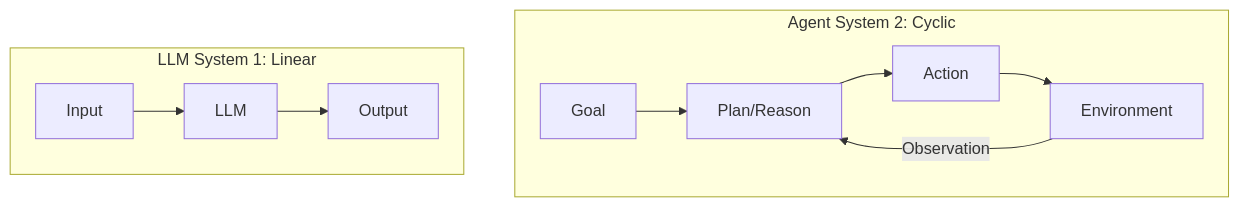
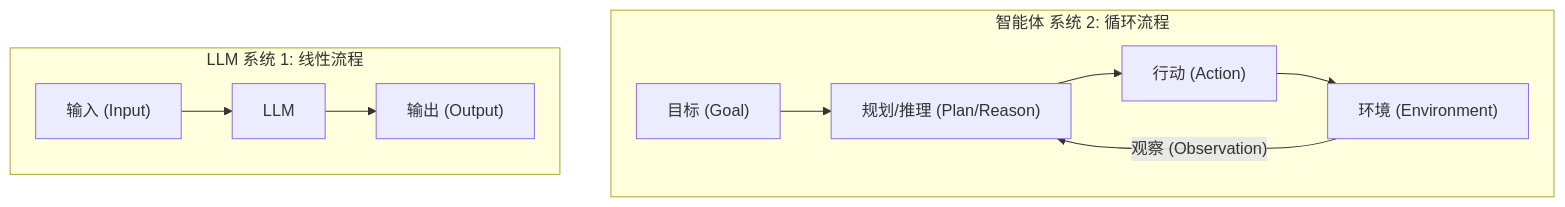
Before and after one commit to yeasy/agentic_ai_guide: the diagram in 01_paradigm/1.1_shift.md, drawn with Mermaid. The commit also changed other lines of this file and 75 other files, not shown here.

````diff
--- a/01_paradigm/1.1_shift.md
+++ b/01_paradigm/1.1_shift.md
@@ -11,17 +11,17 @@
 ```mermaid
 graph LR
-    subgraph LLM_Flow["LLM System 1: Linear"]
-        Input["Input"] --> LLM["LLM"]
-        LLM --> Output["Output"]
+    subgraph LLM_Flow["LLM 系统 1: 线性流程"]
+        Input["输入 (Input)"] --> LLM["LLM"]
+        LLM --> Output["输出 (Output)"]
     end
 
-    subgraph Agent_Flow["Agent System 2: Cyclic"]
-        Goal["Goal"] --> Plan["Plan/Reason"]
-        Plan --> Action["Action"]
-        Action --> Environment["Environment"]
-        Environment -->|"Observation"| Plan
+    subgraph Agent_Flow["智能体 系统 2: 循环流程"]
+        Goal["目标 (Goal)"] --> Plan["规划/推理 (Plan/Reason)"]
+        Plan --> Action["行动 (Action)"]
+        Action --> Environment["环境 (Environment)"]
+        Environment -->|"观察 (Observation)"| Plan
     end
     
     %% Force LLM_Flow to be on the left of Agent_Flow
     Output ~~~ Goal
 ```
````
